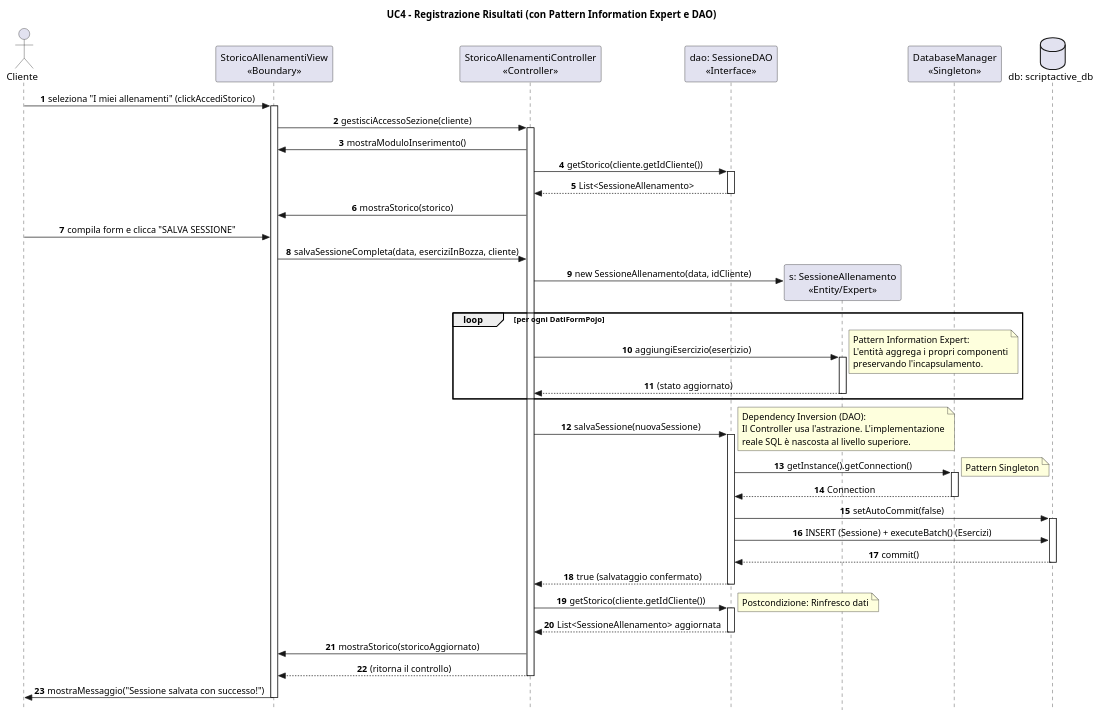
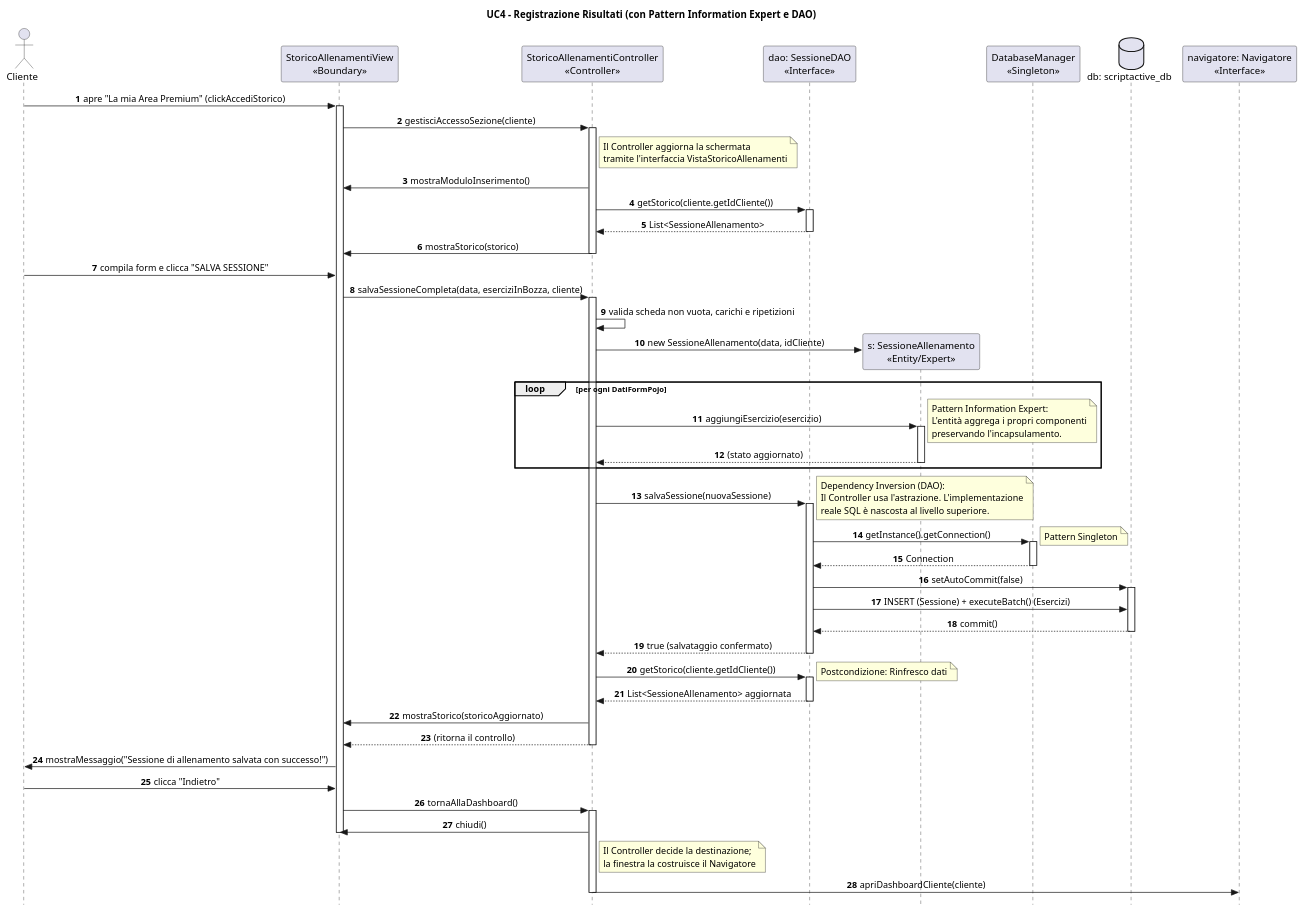
The first of 2 diagrams in ScriptActive/Documenti/08. Diagrammi di Sequenza/DSequenzaUC4.puml (svilu999/Progetto-ScriptActive), drawn with PlantUML before and after one commit. The commit also changed other lines of this file and 33 other files, not shown here.

First line of the commit message:
Allinea i diagrammi UML al codice attuale

```diff
--- a/ScriptActive/Documenti/08. Diagrammi di Sequenza/DSequenzaUC4.puml
+++ b/ScriptActive/Documenti/08. Diagrammi di Sequenza/DSequenzaUC4.puml
@@ -1,86 +6,106 @@
-@startuml
+@startuml DSequenzaUC4Main
 skinparam style strictuml
 skinparam sequenceMessageAlign center
 
 title UC4 - Registrazione Risultati (con Pattern Information Expert e DAO)
 
 actor "Cliente" as C
 participant "StoricoAllenamentiView\n<<Boundary>>" as V
 participant "StoricoAllenamentiController\n<<Controller>>" as Ctrl
 participant "dao: SessioneDAO\n<<Interface>>" as DAO
 participant "s: SessioneAllenamento\n<<Entity/Expert>>" as Entity
 participant "DatabaseManager\n<<Singleton>>" as DBMan
 database "db: scriptactive_db" as DB
+participant "navigatore: Navigatore\n<<Interface>>" as Nav
 
 autonumber
 
-C -> V: seleziona "I miei allenamenti" (clickAccediStorico)
+C -> V: apre "La mia Area Premium" (clickAccediStorico)
 activate V
 
 V -> Ctrl: gestisciAccessoSezione(cliente)
 activate Ctrl
 
+note right of Ctrl
+  Il Controller aggiorna la schermata
+  tramite l'interfaccia VistaStoricoAllenamenti
+end note
 Ctrl -> V: mostraModuloInserimento()
 
 Ctrl -> DAO: getStorico(cliente.getIdCliente())
 activate DAO
 DAO --> Ctrl: List<SessioneAllenamento>
 deactivate DAO
 
 Ctrl -> V: mostraStorico(storico)
+deactivate Ctrl
 
 C -> V: compila form e clicca "SALVA SESSIONE"
 V -> Ctrl: salvaSessioneCompleta(data, eserciziInBozza, cliente)
+activate Ctrl
+
+Ctrl -> Ctrl: valida scheda non vuota, carichi e ripetizioni
 
 Ctrl -> Entity **: new SessioneAllenamento(data, idCliente)
 
 loop per ogni DatiFormPojo
     Ctrl -> Entity: aggiungiEsercizio(esercizio)
     activate Entity
     note right
       Pattern Information Expert:
       L'entità aggrega i propri componenti
       preservando l'incapsulamento.
     end note
     Entity --> Ctrl: (stato aggiornato)
     deactivate Entity
 end
 
 Ctrl -> DAO: salvaSessione(nuovaSessione)
 activate DAO
+
 note right
   Dependency Inversion (DAO):
   Il Controller usa l'astrazione. L'implementazione
   reale SQL è nascosta al livello superiore.
 end note
 
 DAO -> DBMan: getInstance().getConnection()
 activate DBMan
 note right: Pattern Singleton
 DBMan --> DAO: Connection
 deactivate DBMan
 
 DAO -> DB: setAutoCommit(false)
 activate DB
 DAO -> DB: INSERT (Sessione) + executeBatch() (Esercizi)
 DB --> DAO: commit()
 deactivate DB
 
 DAO --> Ctrl: true (salvataggio confermato)
 deactivate DAO
 
 Ctrl -> DAO: getStorico(cliente.getIdCliente())
 activate DAO
 note right: Postcondizione: Rinfresco dati
 DAO --> Ctrl: List<SessioneAllenamento> aggiornata
 deactivate DAO
 
 Ctrl -> V: mostraStorico(storicoAggiornato)
-
 Ctrl --> V: (ritorna il controllo)
 deactivate Ctrl
 
-V -> C: mostraMessaggio("Sessione salvata con successo!")
+V -> C: mostraMessaggio("Sessione di allenamento salvata con successo!")
+
+C -> V: clicca "Indietro"
+V -> Ctrl: tornaAllaDashboard()
+activate Ctrl
+Ctrl -> V: chiudi()
 deactivate V
+note right of Ctrl
+  Il Controller decide la destinazione;
+  la finestra la costruisce il Navigatore
+end note
+Ctrl -> Nav: apriDashboardCliente(cliente)
+deactivate Ctrl
 
 @enduml
```
